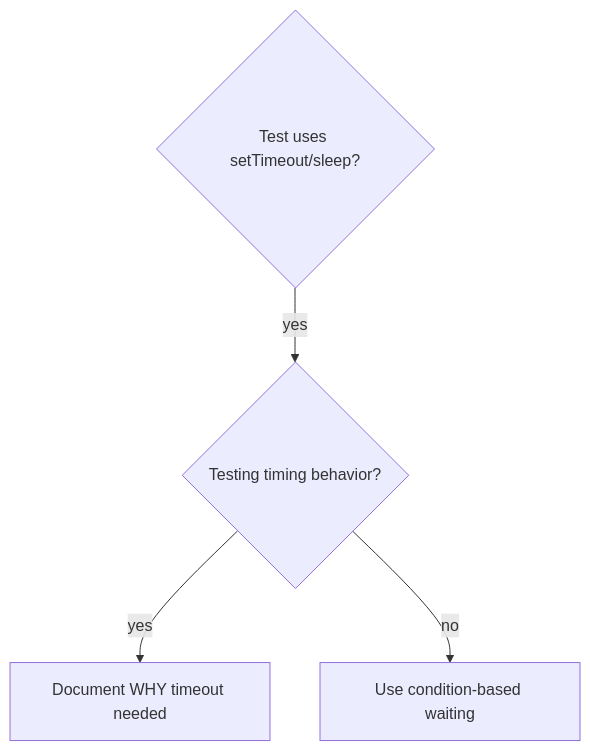
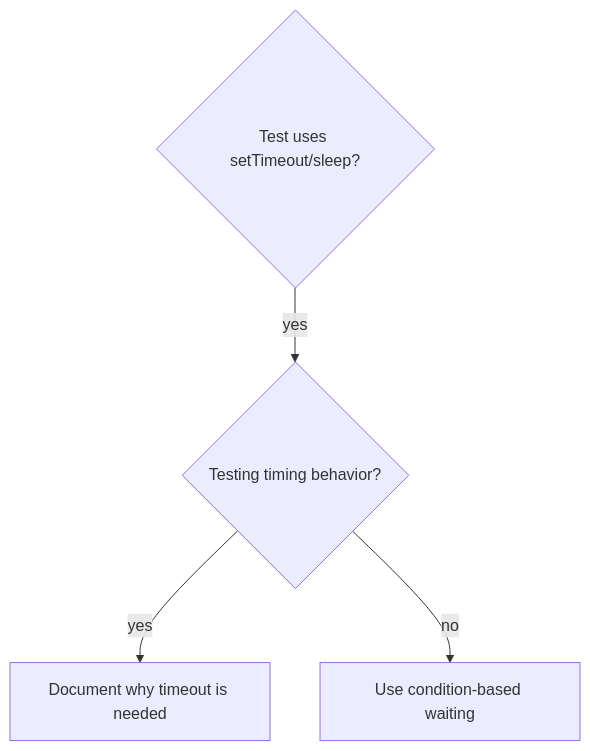
The diagram in skills/investigating-bugs/references/condition-based-waiting.md (slowdini/superpowers), drawn with Mermaid before and after one commit. The commit also changed other lines of this file and 17 other files, not shown here.

````diff
--- a/skills/investigating-bugs/references/condition-based-waiting.md
+++ b/skills/investigating-bugs/references/condition-based-waiting.md
@@ -11,11 +11,11 @@
 ```mermaid
 flowchart TD
     sleep{Test uses setTimeout/sleep?}
     timing{Testing timing behavior?}
-    document[Document WHY timeout needed]
+    document[Document why timeout is needed]
     use[Use condition-based waiting]
 
     sleep -->|yes| timing
     timing -->|yes| document
     timing -->|no| use
 ```
````
